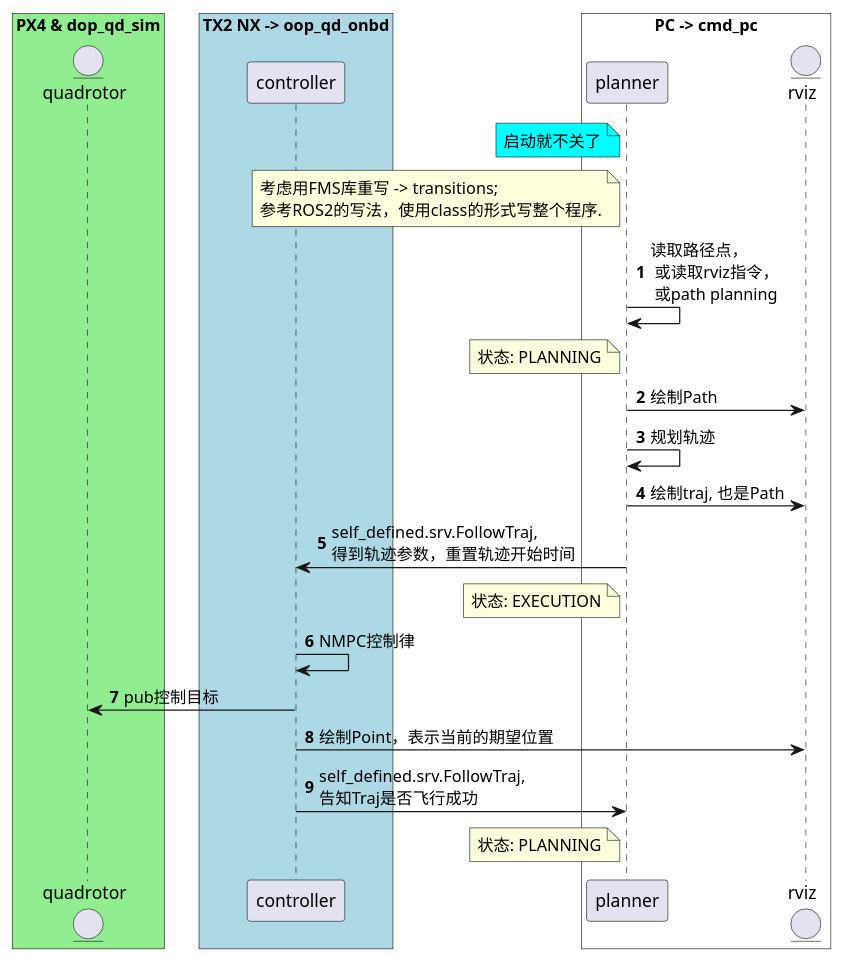
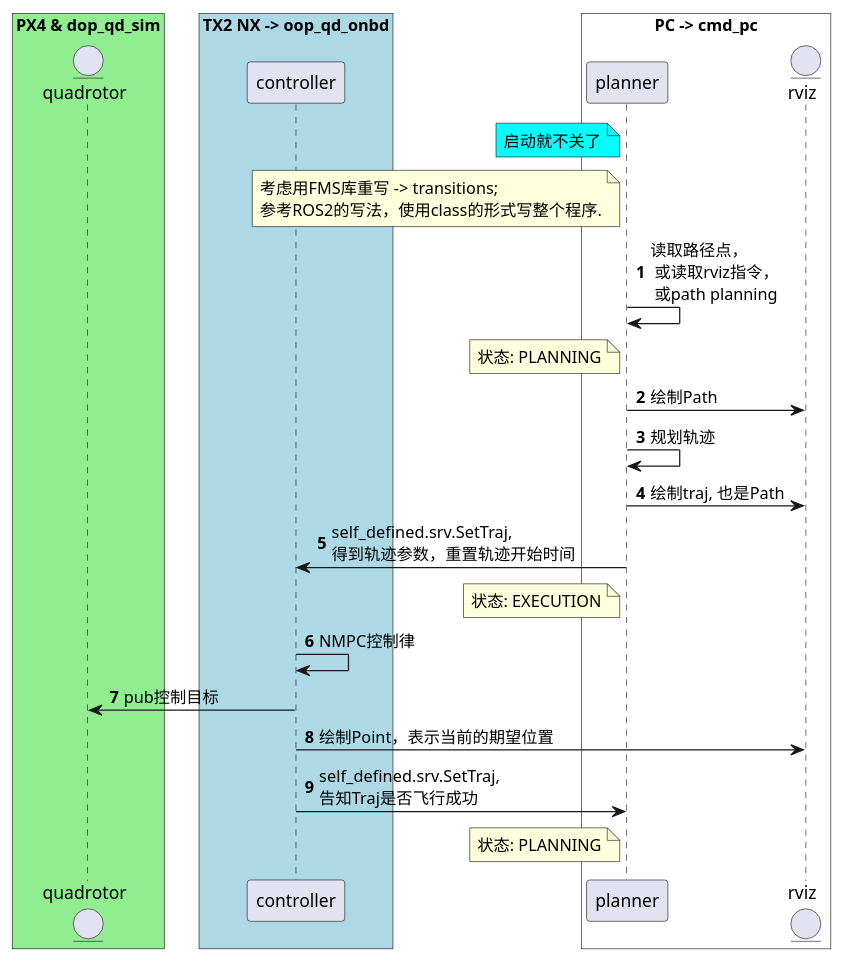
Before and after one commit to Li-Jinjie/cmd_pc: the diagram in UMLs/workflow_v2.puml, drawn with PlantUML. The commit also changed 6 other files, not shown here.

```diff
--- a/UMLs/workflow_v2.puml
+++ b/UMLs/workflow_v2.puml
@@ -1,62 +1,62 @@
 @startuml
 'https://plantuml.com/sequence-diagram
 
 autonumber
 
 box "PX4 & dop_qd_sim" #LightGreen
 entity quadrotor
 end box
 
 box "TX2 NX -> oop_qd_onbd" #LightBLUE
 participant controller
 end box
 'note right of pt_publisher #aqua
 '需要从ROS里拿一个parameter
 '确定是选SE3还是NMPC
 'end note
 
 box "PC -> cmd_pc" #White
 participant planner
 entity rviz
 end box
 
 note left of planner #aqua
 启动就不关了
 end note
 
 note left of planner
 考虑用FMS库重写 -> transitions;
 参考ROS2的写法，使用class的形式写整个程序.
 end note
 
 planner -> planner: 读取路径点，\n 或读取rviz指令，\n 或path planning
 note left planner
 状态: PLANNING
 end note
 planner -> rviz: 绘制Path
 'path_planner -> traj_generator: self_defined.srv.FollowPath
 
 planner -> planner: 规划轨迹
 planner -> rviz: 绘制traj, 也是Path
-planner -> controller: self_defined.srv.FollowTraj, \n得到轨迹参数，重置轨迹开始时间
+planner -> controller: self_defined.srv.SetTraj, \n得到轨迹参数，重置轨迹开始时间
 
 note left of planner
 状态: EXECUTION
 end note
 
 controller -> controller: NMPC控制律
 controller -> quadrotor: pub控制目标
 controller -> rviz: 绘制Point，表示当前的期望位置
 
 
-controller -> planner: self_defined.srv.FollowTraj, \n告知Traj是否飞行成功
+controller -> planner: self_defined.srv.SetTraj, \n告知Traj是否飞行成功
 'planner -> planner: self_defined.srv.FollowPath, \n告知Path是否飞行成功
 
 note left of planner
 状态: PLANNING
 end note
 
 ' 状态： TAKEOFF, PLANNING, EXECUTION, LAND
 
 
 @enduml
```
